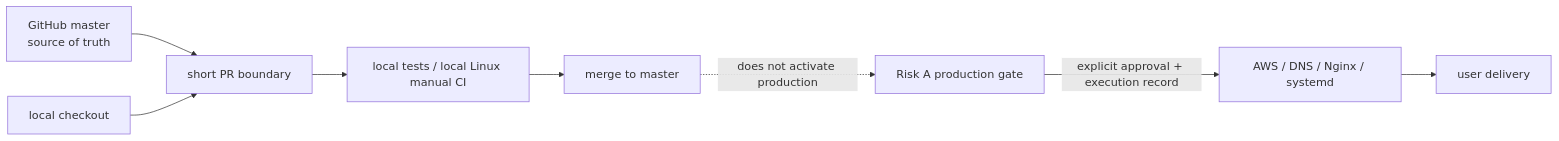
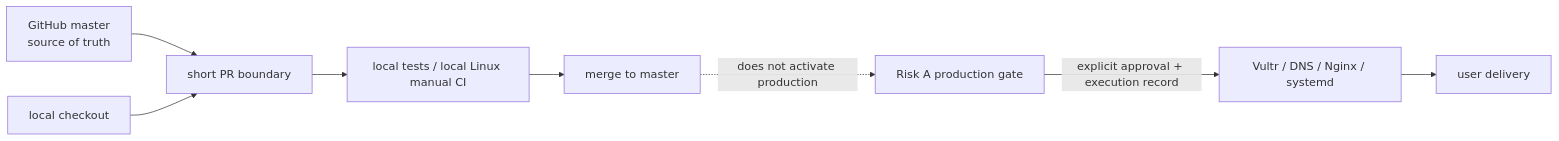
One commit to FlyLink-com/proxy-gateway-minimal changed the seventh of 7 diagrams in docs/PROJECT_TOPOLOGY.md. Above: the diagram before and after it, drawn with Mermaid. The commit also changed other lines of this file and 2 other files, not shown here.

Commit message:
docs: reconcile project topology with Vultr lanes

````diff
--- a/docs/PROJECT_TOPOLOGY.md
+++ b/docs/PROJECT_TOPOLOGY.md
@@ -325,10 +341,10 @@
 ```mermaid
 flowchart LR
   GH["GitHub master\nsource of truth"] --> PR["short PR boundary"]
   Local["local checkout"] --> PR
   PR --> Validation["local tests / local Linux manual CI"]
   Validation --> Merge["merge to master"]
   Merge -.->|"does not activate production"| ProdGate["Risk A production gate"]
-  ProdGate -->|"explicit approval + execution record"| AWS["AWS / DNS / Nginx / systemd"]
-  AWS --> Users["user delivery"]
+  ProdGate -->|"explicit approval + execution record"| Runtime["Vultr / DNS / Nginx / systemd"]
+  Runtime --> Users["user delivery"]
 ```
````
